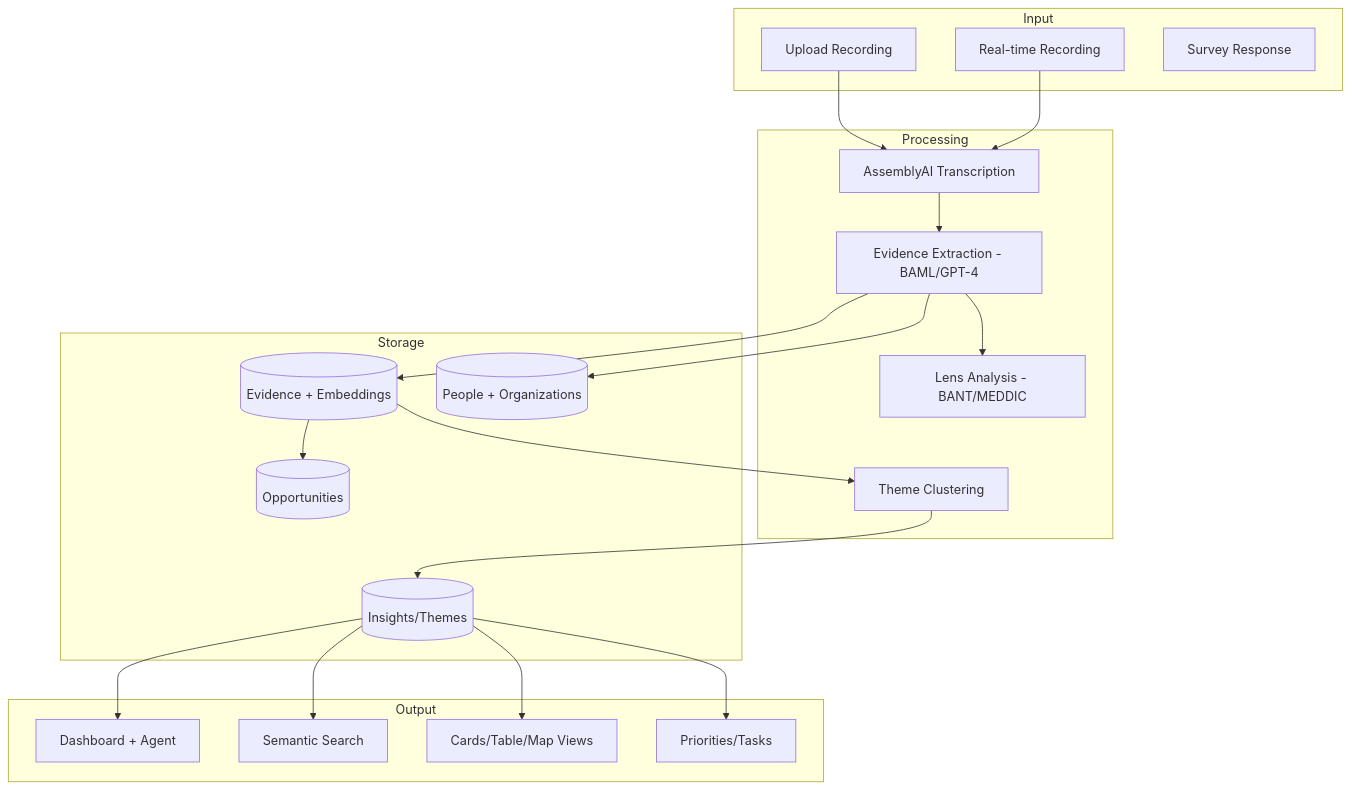
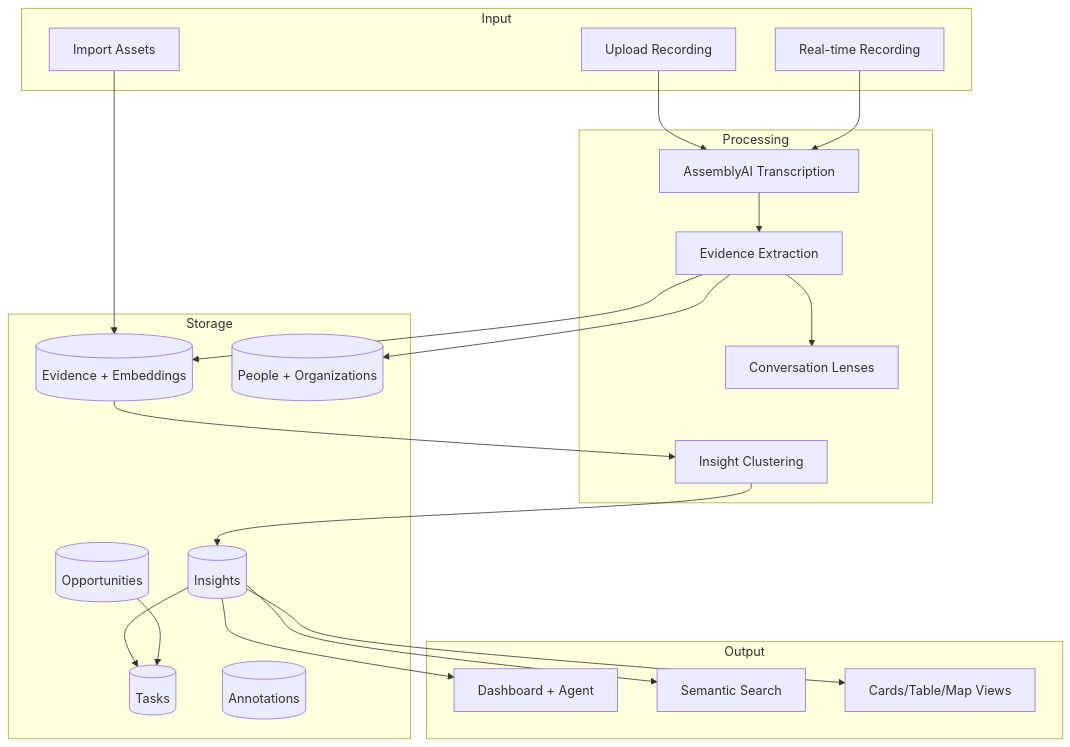
One commit to epic-hq/Insights changed the first of 2 diagrams in docs/customer-centric-crm-value-prop.md. Above: the diagram before and after it, drawn with Mermaid. The commit also changed other lines of this file, not shown here.

First line of the commit message:
Improve value prop doc with accurate entities and lenses

````diff
--- a/docs/customer-centric-crm-value-prop.md
+++ b/docs/customer-centric-crm-value-prop.md
@@ -314,43 +394,45 @@
 ```mermaid
 graph TD
   subgraph Input
     upload[Upload Recording]
     realtime[Real-time Recording]
-    survey[Survey Response]
+    assets[Import Assets]
   end
 
   subgraph Processing
     transcribe[AssemblyAI Transcription]
-    extract[Evidence Extraction - BAML/GPT-4]
-    lens[Lens Analysis - BANT/MEDDIC]
-    cluster[Theme Clustering]
+    extract[Evidence Extraction]
+    lens[Conversation Lenses]
+    cluster[Insight Clustering]
   end
 
   subgraph Storage
     evidence[(Evidence + Embeddings)]
     people[(People + Organizations)]
-    insights[(Insights/Themes)]
+    insights[(Insights)]
     opportunities[(Opportunities)]
+    tasks[(Tasks)]
+    annotations[(Annotations)]
   end
 
   subgraph Output
     dashboard[Dashboard + Agent]
     search[Semantic Search]
     views[Cards/Table/Map Views]
-    priorities[Priorities/Tasks]
   end
 
   upload --> transcribe
   realtime --> transcribe
+  assets --> evidence
   transcribe --> extract
   extract --> evidence
   extract --> lens
   extract --> people
   evidence --> cluster
   cluster --> insights
   insights --> dashboard
   insights --> search
   insights --> views
-  insights --> priorities
-  evidence --> opportunities
+  insights --> tasks
+  opportunities --> tasks
 ```
````
